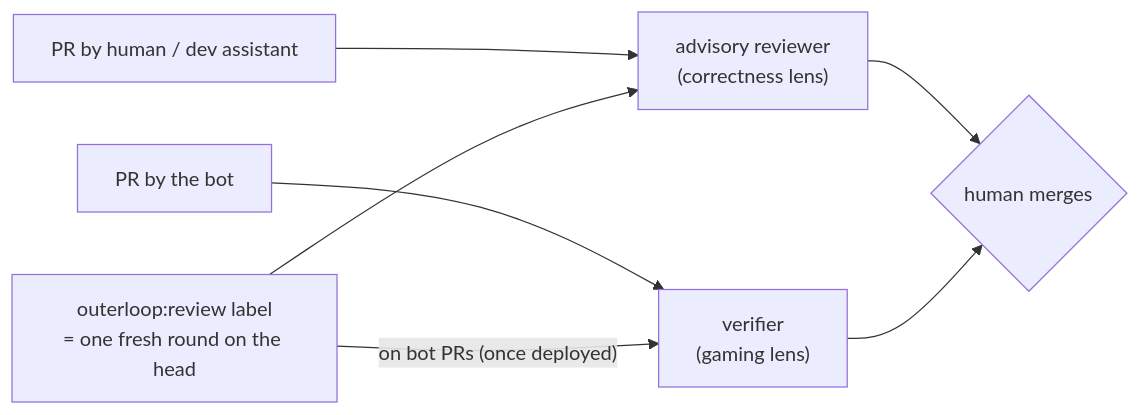
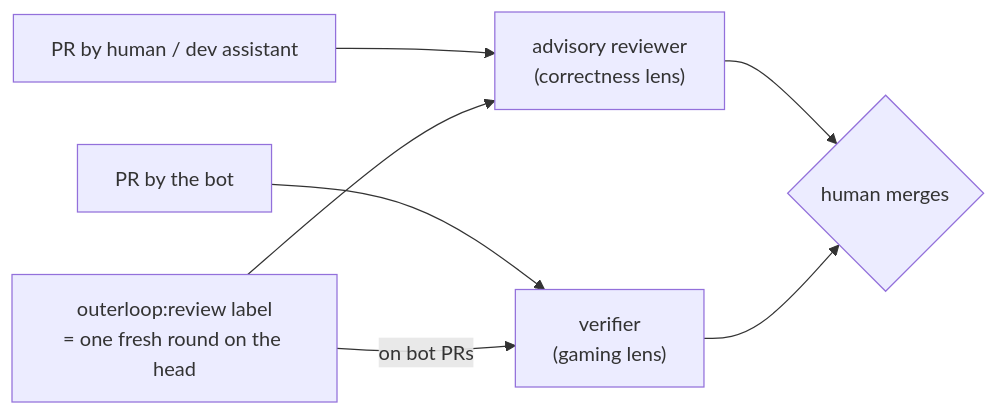
One commit to 2016choang/outerloop changed the fourth of 4 diagrams in docs/design/roles.md. Above: the diagram before and after it, drawn with Mermaid.

Commit message:
roles design note: the review-label route to the verifier no longer says 'once deployed'

````diff
--- a/docs/design/roles.md
+++ b/docs/design/roles.md
@@ -189,9 +189,9 @@
 ```mermaid
 flowchart LR
     HPR["PR by human / dev assistant"] --> AR["advisory reviewer<br/>(correctness lens)"]
     BPR["PR by the bot"] --> VF["verifier<br/>(gaming lens)"]
     AR --> HM{human merges}
     VF --> HM
     L["outerloop:review label<br/>= one fresh round on the head"] --> AR
-    L -->|"on bot PRs (once deployed)"| VF
+    L -->|"on bot PRs"| VF
 ```
````
